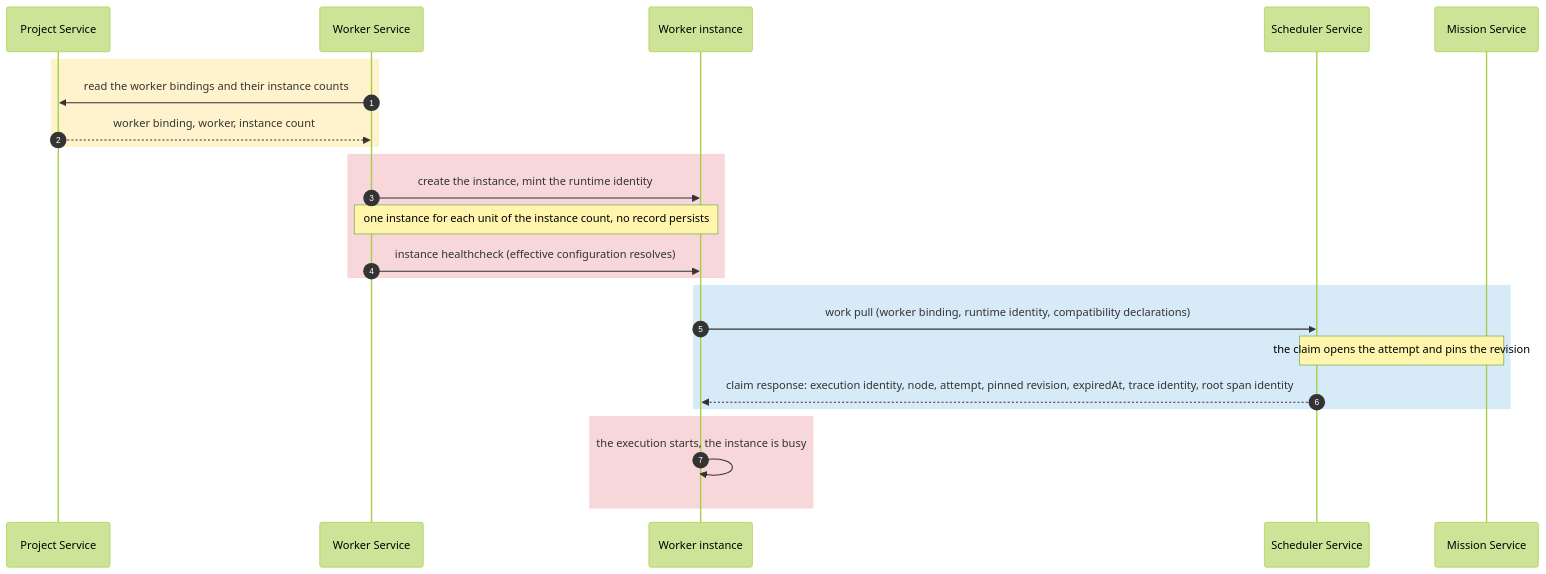
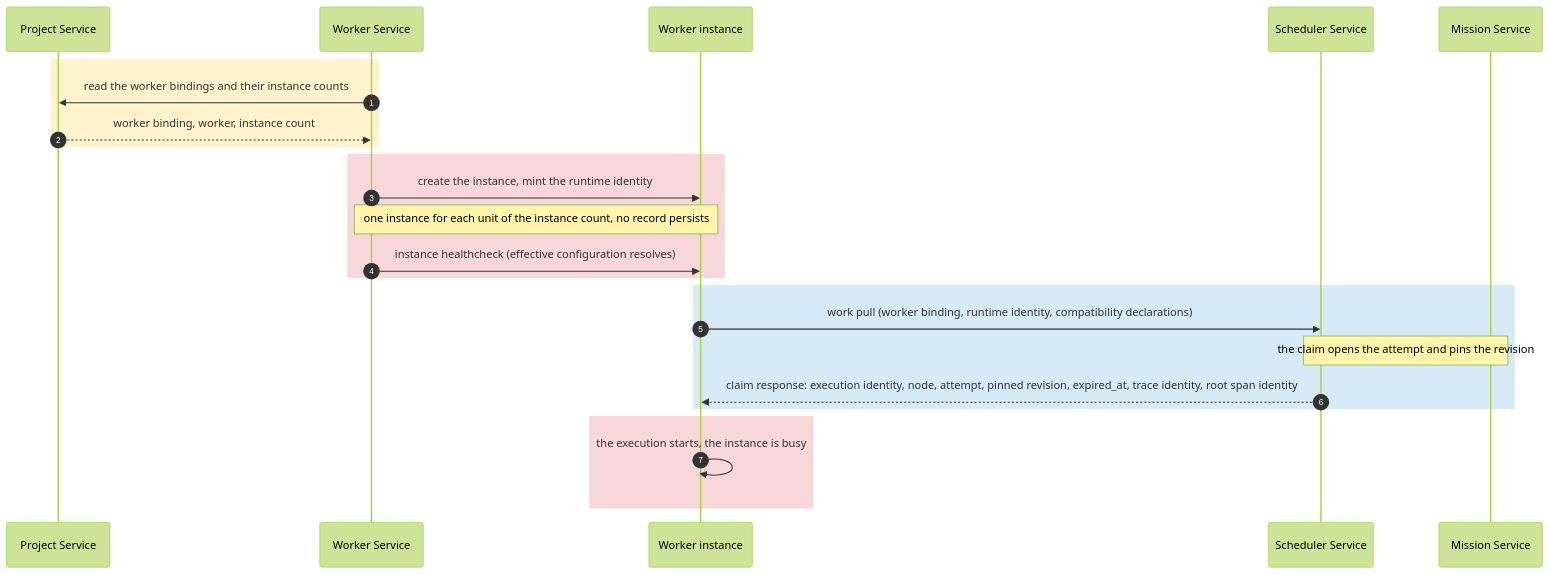
One commit to kanthorlabs/kanthord changed the first of 8 diagrams in docs/brainstorm/worker-service.md. Above: the diagram before and after it, drawn with Mermaid (forest theme). The commit also changed other lines of this file and 29 other files, not shown here.

````diff
--- a/docs/brainstorm/worker-service.md
+++ b/docs/brainstorm/worker-service.md
@@ -196,27 +196,27 @@
 ```mermaid
 sequenceDiagram
     autonumber
     participant P as Project Service
     participant W as Worker Service
     participant I as Worker instance
     participant S as Scheduler Service
     participant M as Mission Service
 
     rect rgb(255, 243, 205)
         W->>P: read the worker bindings and their instance counts
         P-->>W: worker binding, worker, instance count
     end
     rect rgb(248, 215, 218)
         W->>I: create the instance, mint the runtime identity
         Note over W,I: one instance for each unit of the instance count, no record persists
         W->>I: instance healthcheck (effective configuration resolves)
     end
     rect rgb(214, 234, 248)
         I->>S: work pull (worker binding, runtime identity, compatibility declarations)
         Note over S,M: the claim opens the attempt and pins the revision
-        S-->>I: claim response: execution identity, node, attempt, pinned revision, expiredAt, trace identity, root span identity
+        S-->>I: claim response: execution identity, node, attempt, pinned revision, expired_at, trace identity, root span identity
     end
     rect rgb(248, 215, 218)
         I->>I: the execution starts, the instance is busy
     end
 ```
````
